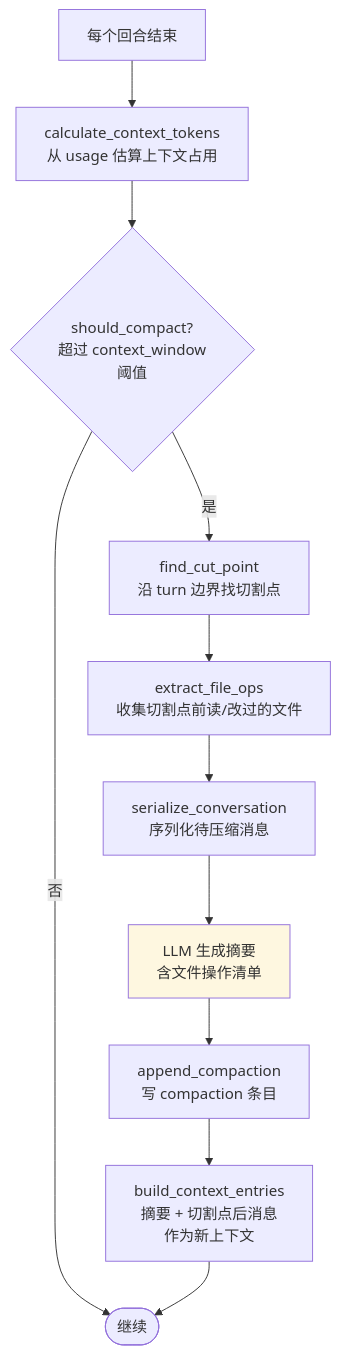
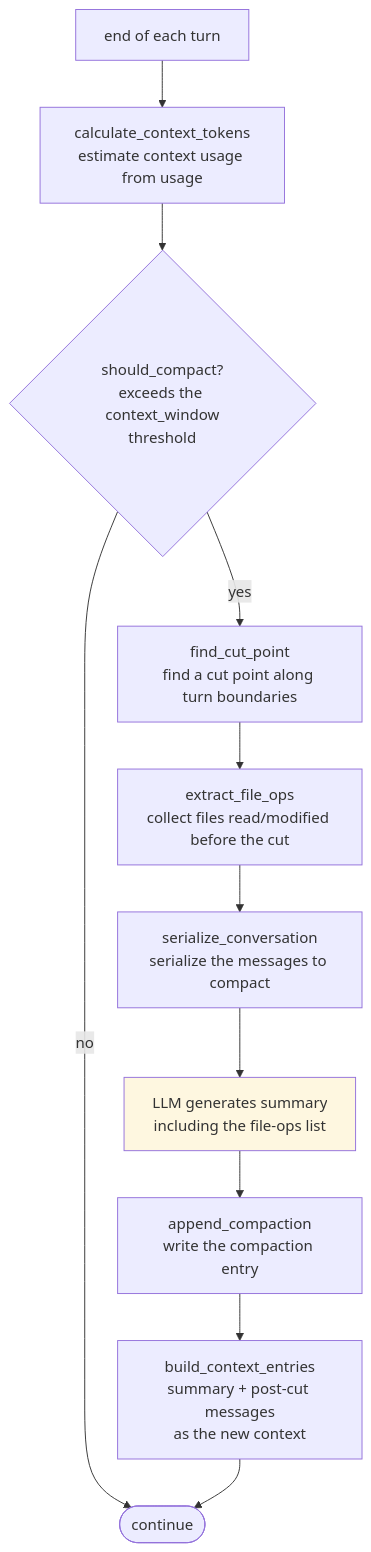
Before and after one commit to Tack-AI/tack: the sixth of 11 diagrams in docs/architecture.md, drawn with Mermaid. The commit also changed other lines of this file and 46 other files, not shown here.

````diff
--- a/docs/architecture.md
+++ b/docs/architecture.md
@@ -216,15 +226,15 @@
 ```mermaid
 flowchart TD
-    A[每个回合结束] --> B[calculate_context_tokens<br/>从 usage 估算上下文占用]
-    B --> C{should_compact?<br/>超过 context_window<br/>阈值}
-    C -- 否 --> Z([继续])
-    C -- 是 --> D[find_cut_point<br/>沿 turn 边界找切割点]
-    D --> E[extract_file_ops<br/>收集切割点前读/改过的文件]
-    E --> F[serialize_conversation<br/>序列化待压缩消息]
-    F --> G[LLM 生成摘要<br/>含文件操作清单]
-    G --> H[append_compaction<br/>写 compaction 条目]
-    H --> I[build_context_entries<br/>摘要 + 切割点后消息<br/>作为新上下文]
+    A[end of each turn] --> B[calculate_context_tokens<br/>estimate context usage from usage]
+    B --> C{should_compact?<br/>exceeds the context_window<br/>threshold}
+    C -- no --> Z([continue])
+    C -- yes --> D[find_cut_point<br/>find a cut point along turn boundaries]
+    D --> E[extract_file_ops<br/>collect files read/modified before the cut]
+    E --> F[serialize_conversation<br/>serialize the messages to compact]
+    F --> G[LLM generates summary<br/>including the file-ops list]
+    G --> H[append_compaction<br/>write the compaction entry]
+    H --> I[build_context_entries<br/>summary + post-cut messages<br/>as the new context]
     I --> Z
 
     style G fill:#fef7e0
 ```
````
